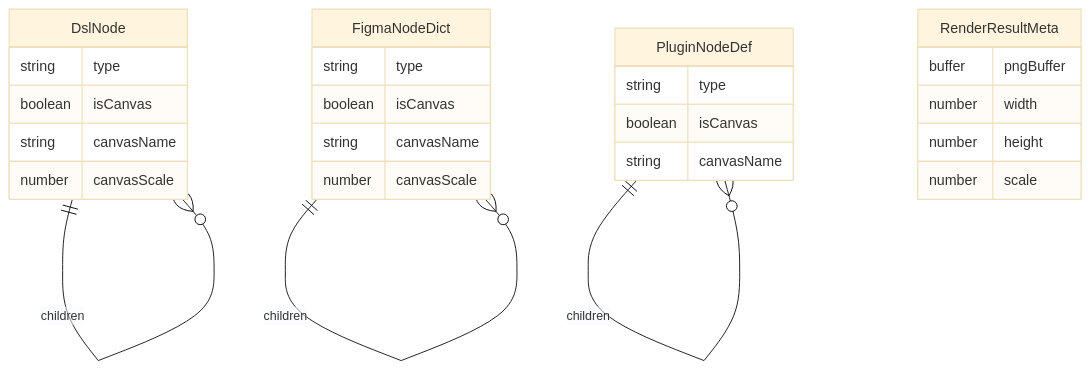
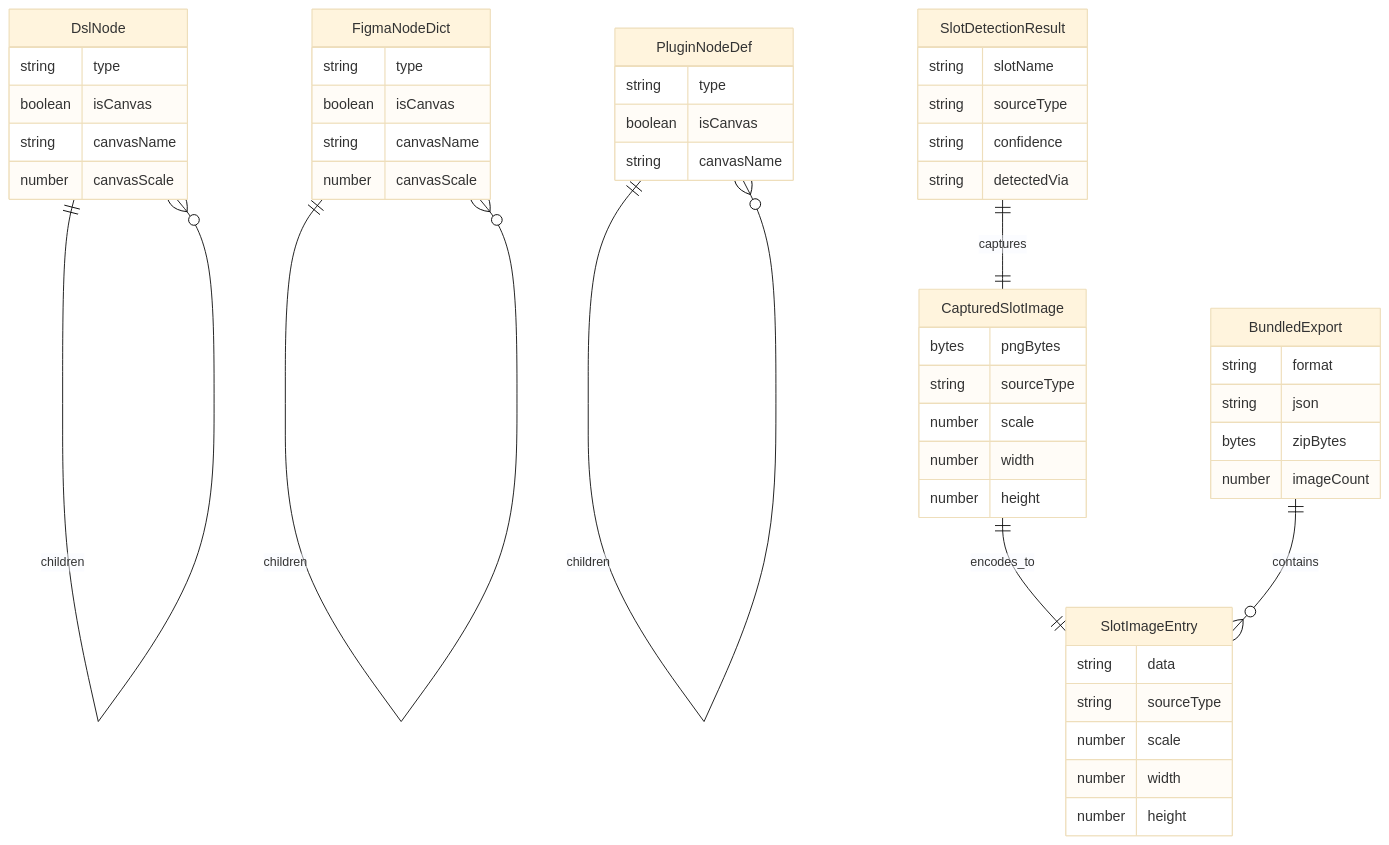
One commit to TETRA2000/figma-component-dsl changed the fifth of 5 diagrams in .kiro/specs/canvas-component/design.md. Above: the diagram before and after it, drawn with Mermaid (base theme). The commit also changed other lines of this file and 2 other files, not shown here.

First line of the commit message:
Generate design for canvas-component with slot detection and unified export

````diff
--- a/.kiro/specs/canvas-component/design.md
+++ b/.kiro/specs/canvas-component/design.md
@@ -558,29 +710,52 @@
 ```mermaid
 erDiagram
     DslNode ||--o{ DslNode : children
     DslNode {
         string type
         boolean isCanvas
         string canvasName
         number canvasScale
     }
     FigmaNodeDict ||--o{ FigmaNodeDict : children
     FigmaNodeDict {
         string type
         boolean isCanvas
         string canvasName
         number canvasScale
     }
     PluginNodeDef ||--o{ PluginNodeDef : children
     PluginNodeDef {
         string type
         boolean isCanvas
         string canvasName
     }
-    RenderResultMeta {
-        buffer pngBuffer
+    SlotDetectionResult {
+        string slotName
+        string sourceType
+        string confidence
+        string detectedVia
+    }
+    CapturedSlotImage {
+        bytes pngBytes
+        string sourceType
+        number scale
         number width
         number height
+    }
+    SlotImageEntry {
+        string data
+        string sourceType
         number scale
+        number width
+        number height
     }
+    BundledExport {
+        string format
+        string json
+        bytes zipBytes
+        number imageCount
+    }
+    SlotDetectionResult ||--|| CapturedSlotImage : captures
+    CapturedSlotImage ||--|| SlotImageEntry : encodes_to
+    BundledExport ||--o{ SlotImageEntry : contains
 ```
````
